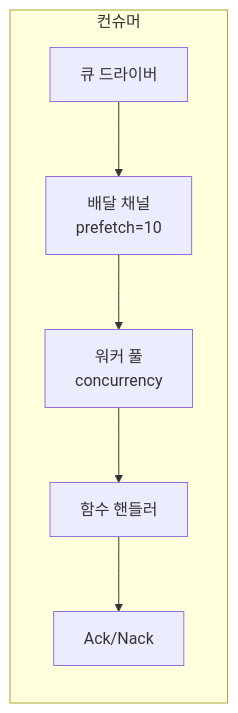
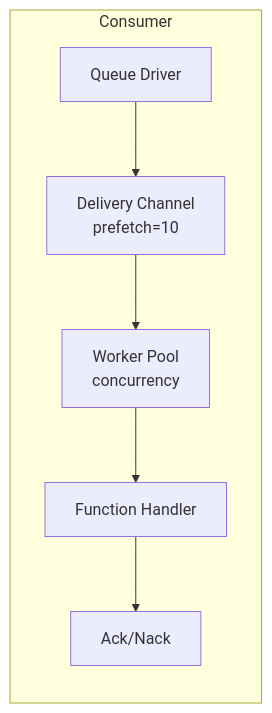
The diagram in ko/guides/queue-consumers.md (wippyai/docs), drawn with Mermaid before and after one commit. The commit also changed other lines of this file and 870 other files, not shown here.

````diff
--- a/ko/guides/queue-consumers.md
+++ b/ko/guides/queue-consumers.md
@@ -12,9 +12,9 @@
 ```mermaid
 flowchart LR
-    subgraph Consumer[컨슈머]
-        QD[큐 드라이버] --> DC[배달 채널<br/>prefetch=10]
-        DC --> WP[워커 풀<br/>concurrency]
-        WP --> FH[함수 핸들러]
+    subgraph Consumer
+        QD[Queue Driver] --> DC[Delivery Channel<br/>prefetch=10]
+        DC --> WP[Worker Pool<br/>concurrency]
+        WP --> FH[Function Handler]
         FH --> AN[Ack/Nack]
     end
 ```
````
